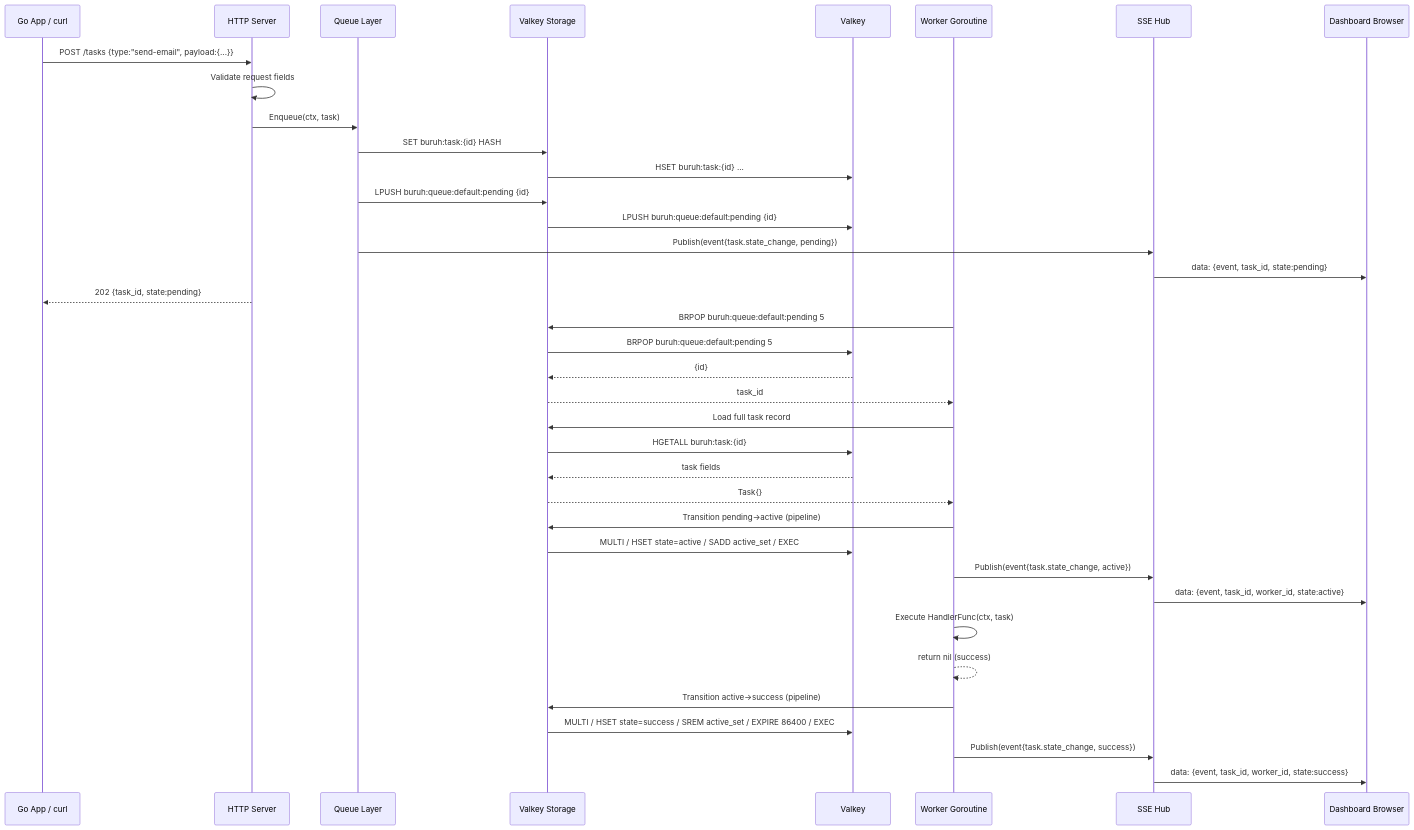
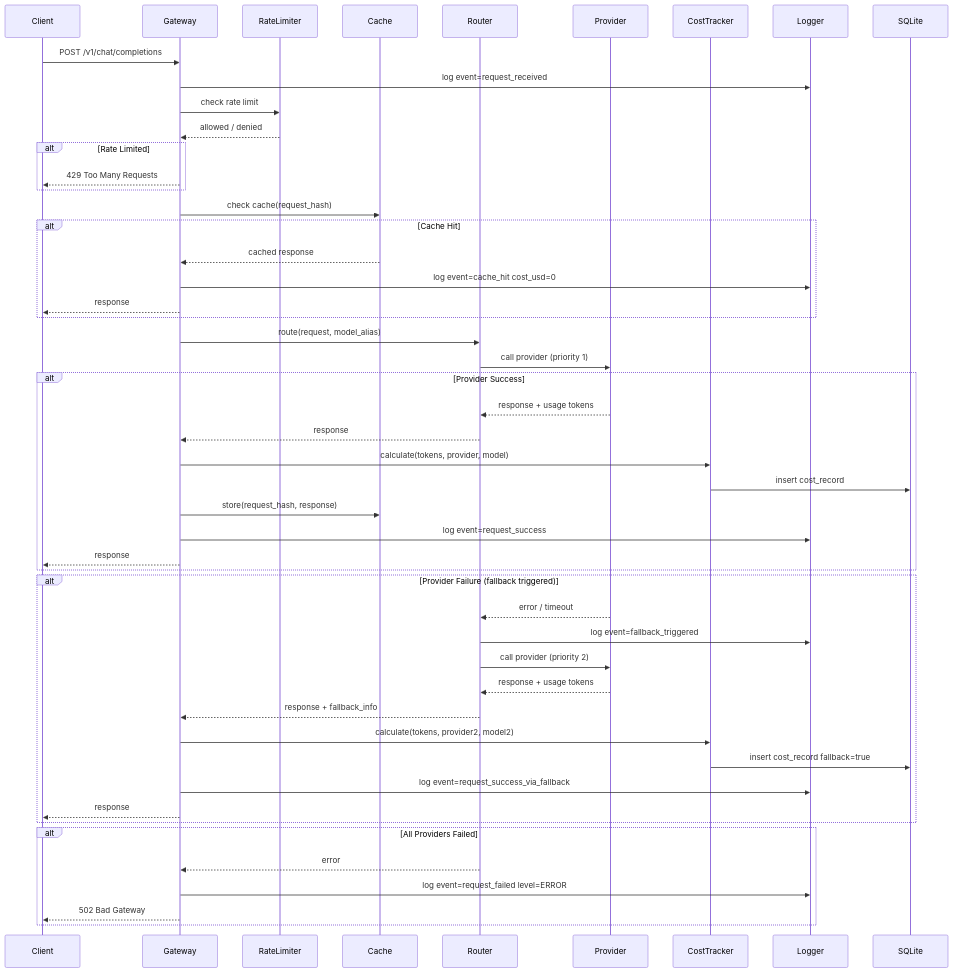
The second of 2 diagrams in docs/ARCHITECTURE.md (RizkiRdm/TNDR), drawn with Mermaid before and after one commit. The commit also changed other lines of this file and 69 other files, not shown here.

Commit message:
feat: complete Stage 2 - multi-provider support, router, and streaming

````diff
--- a/docs/ARCHITECTURE.md
+++ b/docs/ARCHITECTURE.md
@@ -663,45 +160,60 @@
 ```mermaid
 sequenceDiagram
-    participant Client as Go App / curl
-    participant Server as HTTP Server
-    participant Queue as Queue Layer
-    participant Storage as Valkey Storage
-    participant Valkey as Valkey
-    participant Worker as Worker Goroutine
-    participant SSE as SSE Hub
-    participant Browser as Dashboard Browser
+    participant C as Client
+    participant GW as Gateway
+    participant RL as RateLimiter
+    participant CA as Cache
+    participant RT as Router
+    participant PR as Provider
+    participant COST as CostTracker
+    participant LOG as Logger
+    participant DB as SQLite
 
-    Client->>Server: POST /tasks {type:"send-email", payload:{...}}
-    Server->>Server: Validate request fields
-    Server->>Queue: Enqueue(ctx, task)
-    Queue->>Storage: SET buruh:task:{id} HASH
-    Storage->>Valkey: HSET buruh:task:{id} ...
-    Queue->>Storage: LPUSH buruh:queue:default:pending {id}
-    Storage->>Valkey: LPUSH buruh:queue:default:pending {id}
-    Queue->>SSE: Publish(event{task.state_change, pending})
-    SSE->>Browser: data: {event, task_id, state:pending}
-    Server-->>Client: 202 {task_id, state:pending}
+    C->>GW: POST /v1/chat/completions
+    GW->>LOG: log event=request_received
+    GW->>RL: check rate limit
+    RL-->>GW: allowed / denied
 
-    Worker->>Storage: BRPOP buruh:queue:default:pending 5
-    Storage->>Valkey: BRPOP buruh:queue:default:pending 5
-    Valkey-->>Storage: {id}
-    Storage-->>Worker: task_id
+    alt Rate Limited
+        GW-->>C: 429 Too Many Requests
+    end
 
-    Worker->>Storage: Load full task record
-    Storage->>Valkey: HGETALL buruh:task:{id}
-    Valkey-->>Storage: task fields
-    Storage-->>Worker: Task{}
+    GW->>CA: check cache(request_hash)
 
-    Worker->>Storage: Transition pending→active (pipeline)
-    Storage->>Valkey: MULTI / HSET state=active / SADD active_set / EXEC
-    Worker->>SSE: Publish(event{task.state_change, active})
-    SSE->>Browser: data: {event, task_id, worker_id, state:active}
+    alt Cache Hit
+        CA-->>GW: cached response
+        GW->>LOG: log event=cache_hit cost_usd=0
+        GW-->>C: response
+    end
 
-    Worker->>Worker: Execute HandlerFunc(ctx, task)
-    Worker-->>Worker: return nil (success)
+    GW->>RT: route(request, model_alias)
+    RT->>PR: call provider (priority 1)
 
-    Worker->>Storage: Transition active→success (pipeline)
-    Storage->>Valkey: MULTI / HSET state=success / SREM active_set / EXPIRE 86400 / EXEC
-    Worker->>SSE: Publish(event{task.state_change, success})
-    SSE->>Browser: data: {event, task_id, worker_id, state:success}
+    alt Provider Success
+        PR-->>RT: response + usage tokens
+        RT-->>GW: response
+        GW->>COST: calculate(tokens, provider, model)
+        COST->>DB: insert cost_record
+        GW->>CA: store(request_hash, response)
+        GW->>LOG: log event=request_success
+        GW-->>C: response
+    end
+
+    alt Provider Failure (fallback triggered)
+        PR-->>RT: error / timeout
+        RT->>LOG: log event=fallback_triggered
+        RT->>PR: call provider (priority 2)
+        PR-->>RT: response + usage tokens
+        RT-->>GW: response + fallback_info
+        GW->>COST: calculate(tokens, provider2, model2)
+        COST->>DB: insert cost_record fallback=true
+        GW->>LOG: log event=request_success_via_fallback
+        GW-->>C: response
+    end
+
+    alt All Providers Failed
+        RT-->>GW: error
+        GW->>LOG: log event=request_failed level=ERROR
+        GW-->>C: 502 Bad Gateway
+    end
 ```
````
